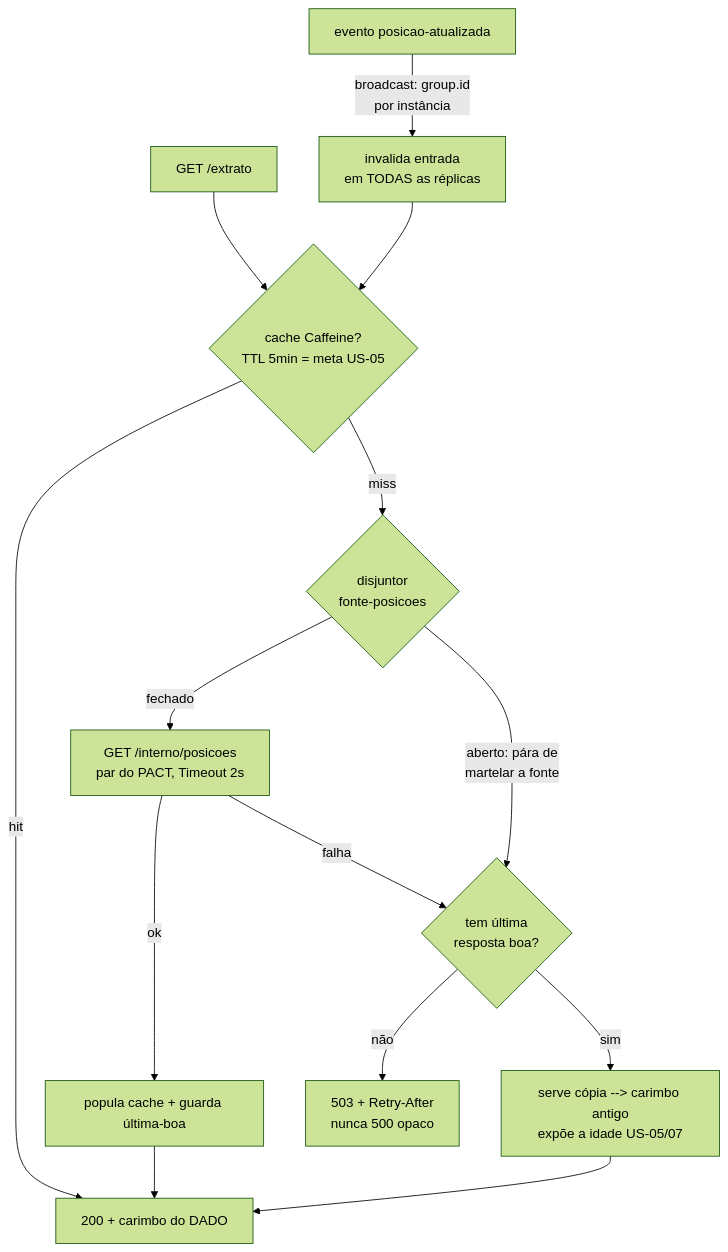
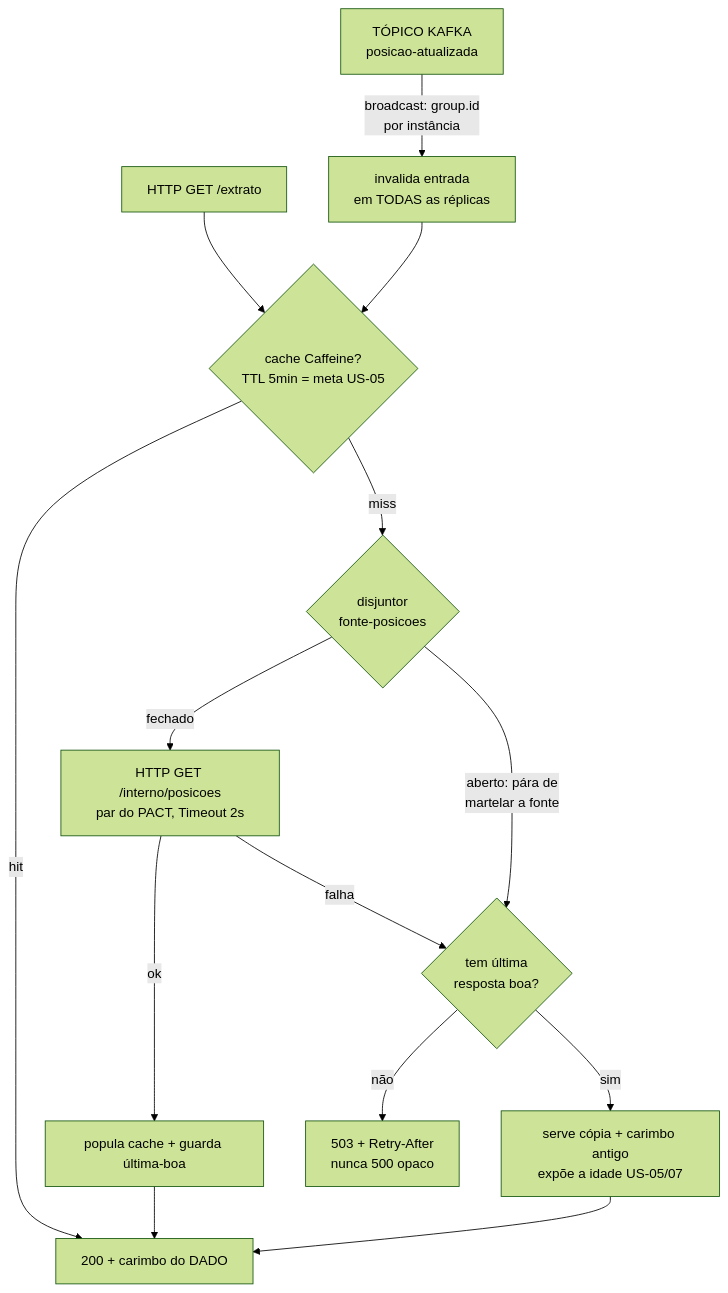
The fifth of 5 diagrams in docs/resumo-visual.md (leofaria-code/consolidador-extrato), drawn with Mermaid (forest theme) before and after one commit. The commit also changed other lines of this file and 2 other files, not shown here.

First line of the commit message:
docs: diagramas Mermaid — mapa de mecanismos + legibilidade + transporte explicito

````diff
--- a/docs/resumo-visual.md
+++ b/docs/resumo-visual.md
@@ -91,14 +129,14 @@
 ```mermaid
 flowchart TD
-    G[GET /extrato] --> C{cache Caffeine?<br/>TTL 5min = meta US-05}
+    G[HTTP GET /extrato] --> C{cache Caffeine?<br/>TTL 5min = meta US-05}
     C -- hit --> R[200 + carimbo do DADO]
     C -- miss --> CB{disjuntor<br/>fonte-posicoes}
-    CB -- fechado --> F[GET /interno/posicoes<br/>par do PACT, Timeout 2s]
+    CB -- fechado --> F[HTTP GET /interno/posicoes<br/>par do PACT, Timeout 2s]
     F -- ok --> P[popula cache + guarda última-boa] --> R
     F -- falha --> FB{tem última<br/>resposta boa?}
-    CB -- aberto: pára de<br/>martelar a fonte --> FB
-    FB -- sim --> UB[serve cópia --> carimbo antigo<br/>expõe a idade US-05/07] --> R
+    CB -- "aberto: pára de<br/>martelar a fonte" --> FB
+    FB -- sim --> UB[serve cópia + carimbo antigo<br/>expõe a idade US-05/07] --> R
     FB -- não --> E503[503 + Retry-After<br/>nunca 500 opaco]
-    EV[evento posicao-atualizada] -->|broadcast: group.id<br/>por instância| INV[invalida entrada<br/>em TODAS as réplicas]
+    EV[TÓPICO KAFKA<br/>posicao-atualizada] -->|"broadcast: group.id<br/>por instância"| INV[invalida entrada<br/>em TODAS as réplicas]
     INV --> C
 ```
````
